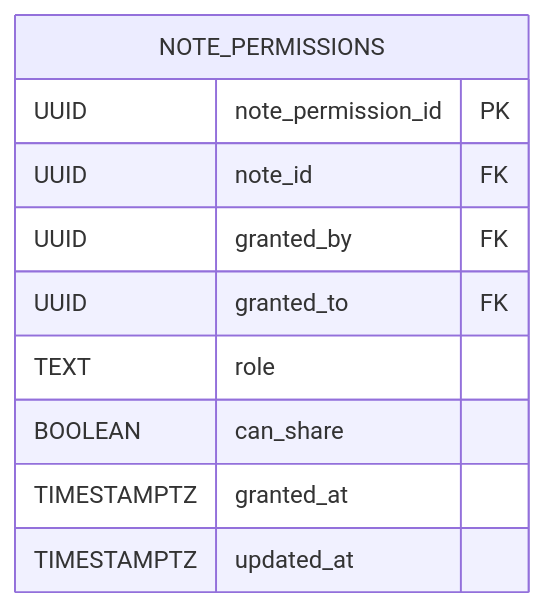
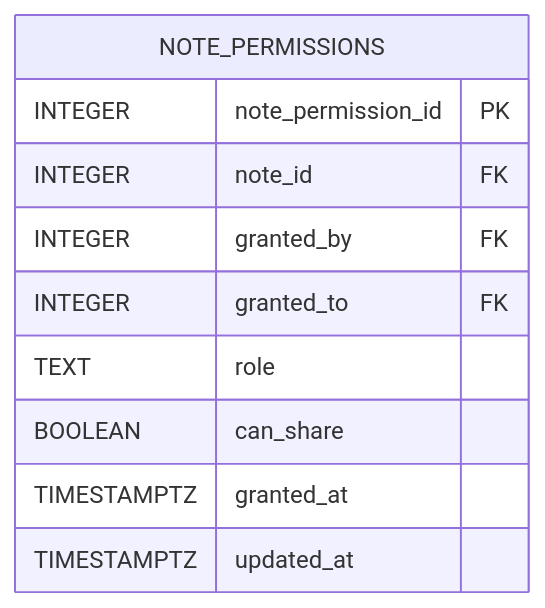
One commit to go-park-mail-ru/2025_2_FiveCode changed the eighth of 11 diagrams in db/normalized/relations.md. Above: the diagram before and after it, drawn with Mermaid. The commit also changed other lines of this file and 2 other files, not shown here.

Commit message:
add trigger, update er and relations

````diff
--- a/db/normalized/relations.md
+++ b/db/normalized/relations.md
@@ -235,13 +236,13 @@
 ```mermaid
 erDiagram
   NOTE_PERMISSIONS {
-    UUID note_permission_id PK
-    UUID note_id FK 
-    UUID granted_by FK 
-    UUID granted_to FK 
+    INTEGER note_permission_id PK
+    INTEGER note_id FK 
+    INTEGER granted_by FK 
+    INTEGER granted_to FK 
     TEXT role 
     BOOLEAN can_share 
     TIMESTAMPTZ granted_at
     TIMESTAMPTZ updated_at
   }
 ```
````
